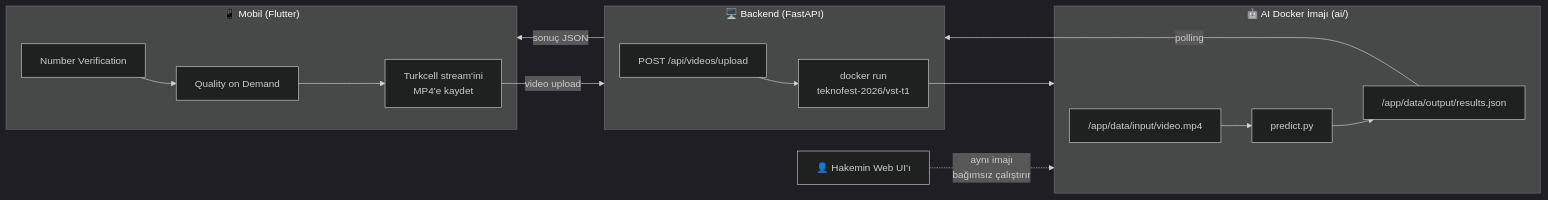
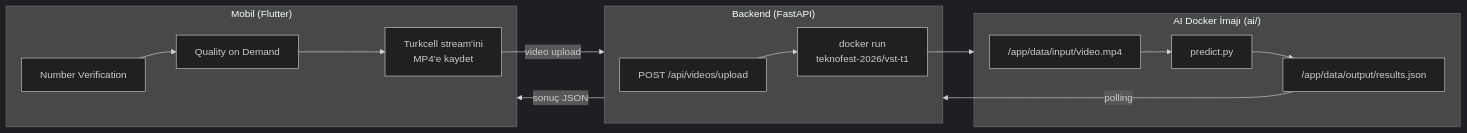
Before and after one commit to akinmengee/5g-vst-t1: the diagram in README.md, drawn with Mermaid (dark theme). The commit also changed other lines of this file, not shown here.

Commit message:
docs: README yeniden yazıldı, kurulum, API ve ortam değişkenleri bölümleri eklendi

````diff
--- a/README.md
+++ b/README.md
@@ -48,25 +44,23 @@
 ```mermaid
 flowchart LR
-    subgraph M["📱 Mobil (Flutter)"]
+    subgraph M["Mobil (Flutter)"]
         NV["Number Verification"] --> QOD["Quality on Demand"]
         QOD --> REC["Turkcell stream'ini\nMP4'e kaydet"]
     end
 
     REC -- "video upload" --> B
 
-    subgraph B["🖥️ Backend (FastAPI)"]
+    subgraph B["Backend (FastAPI)"]
         UP["POST /api/videos/upload"] --> TRIG["docker run\nteknofest-2026/vst-t1"]
     end
 
     TRIG --> AI
 
-    subgraph AI["🤖 AI Docker İmajı (ai/)"]
+    subgraph AI["AI Docker İmajı (ai/)"]
         IN["/app/data/input/video.mp4"] --> PIPE["predict.py"]
         PIPE --> OUT["/app/data/output/results.json"]
     end
 
     OUT -- "polling" --> B
     B -- "sonuç JSON" --> M
-
-    JUDGE["👤 Hakemin Web UI'ı"] -. "aynı imajı\nbağımsız çalıştırır" .-> AI
 ```
````
